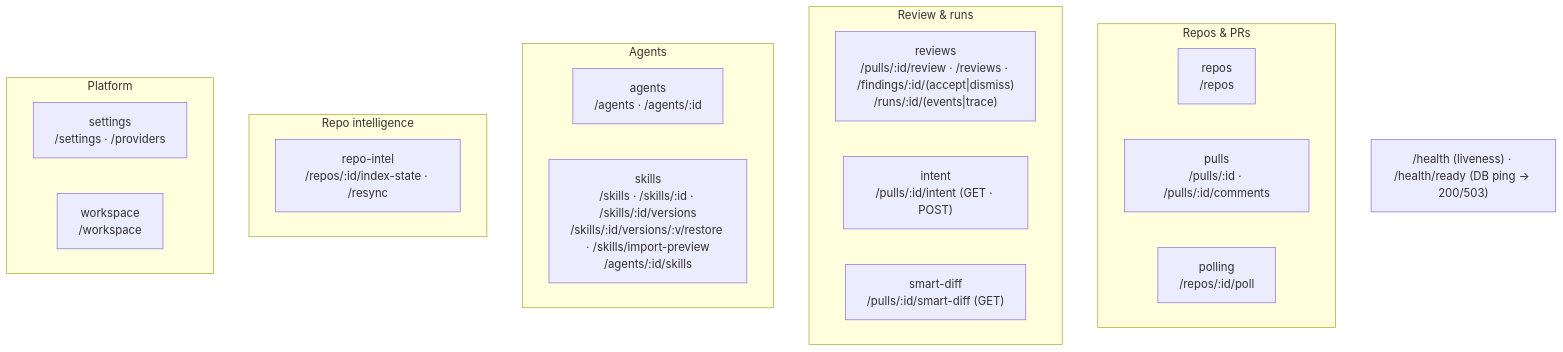
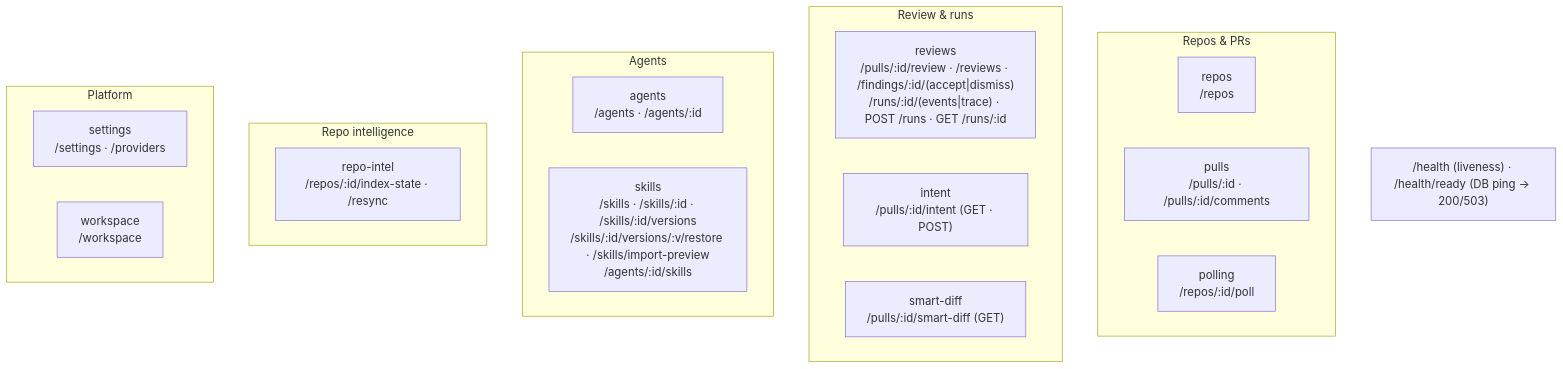
One commit to s-deer/dev-digest changed the second of 2 diagrams in server/README.md. Above: the diagram before and after it, drawn with Mermaid. The commit also changed 55 other files, not shown here.

````diff
--- a/server/README.md
+++ b/server/README.md
@@ -64,25 +64,25 @@
 ```mermaid
 flowchart TB
   subgraph Repos_PRs["Repos & PRs"]
     repos["repos<br/>/repos"]
     pulls["pulls<br/>/pulls/:id · /pulls/:id/comments"]
     polling["polling<br/>/repos/:id/poll"]
   end
   subgraph Review["Review & runs"]
-    reviews["reviews<br/>/pulls/:id/review · /reviews · /findings/:id/(accept|dismiss)<br/>/runs/:id/(events|trace)"]
+    reviews["reviews<br/>/pulls/:id/review · /reviews · /findings/:id/(accept|dismiss)<br/>/runs/:id/(events|trace) · POST /runs · GET /runs/:id"]
     intent["intent<br/>/pulls/:id/intent (GET · POST)"]
     smartDiff["smart-diff<br/>/pulls/:id/smart-diff (GET)"]
   end
    subgraph Agents["Agents"]
     agents["agents<br/>/agents · /agents/:id"]
     skills["skills<br/>/skills · /skills/:id · /skills/:id/versions<br/>/skills/:id/versions/:v/restore · /skills/import-preview<br/>/agents/:id/skills"]
    end
   subgraph Intel["Repo intelligence"]
     repoIntel["repo-intel<br/>/repos/:id/index-state · /resync"]
   end
   subgraph Platform["Platform"]
     settings["settings<br/>/settings · /providers"]
     workspace["workspace<br/>/workspace"]
   end
   HEALTH["/health (liveness) · /health/ready (DB ping → 200/503)"]
 ```
````
